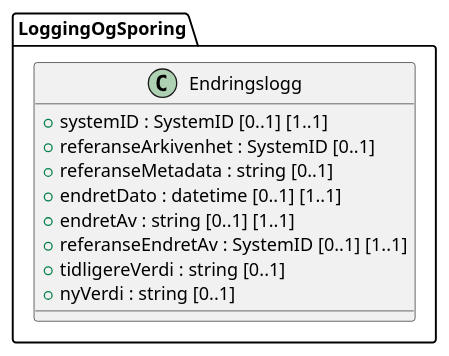
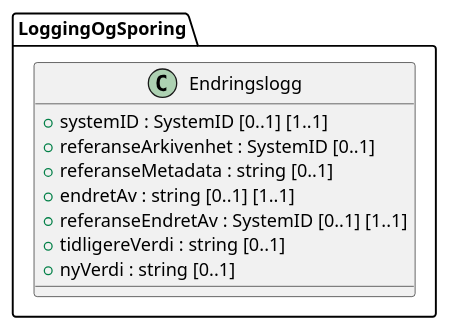
One commit to arkivverket/noark5-tjenestegrensesnitt-standard changed the diagram in kapitler/media/uml-class-endringslogg.iuml. Above: the diagram before and after it, drawn with PlantUML. The commit also changed 7 other files, not shown here.

```diff
--- a/kapitler/media/uml-class-endringslogg.iuml
+++ b/kapitler/media/uml-class-endringslogg.iuml
@@ -1,12 +1,11 @@
 @startuml
 class LoggingOgSporing.Endringslogg {
   +systemID : SystemID [0..1] [1..1]
   +referanseArkivenhet : SystemID [0..1]
   +referanseMetadata : string [0..1]
-  +endretDato : datetime [0..1] [1..1]
   +endretAv : string [0..1] [1..1]
   +referanseEndretAv : SystemID [0..1] [1..1]
   +tidligereVerdi : string [0..1]
   +nyVerdi : string [0..1]
 }
 @enduml
```
